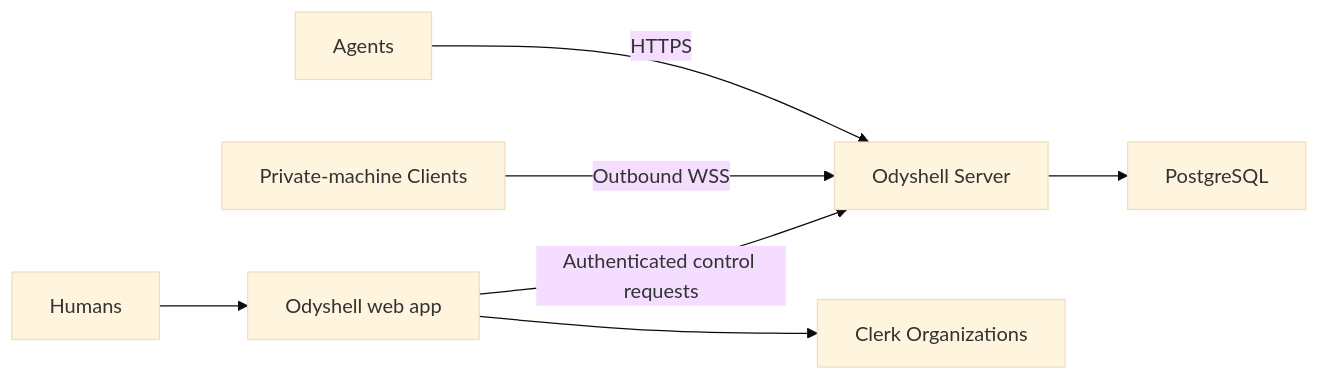
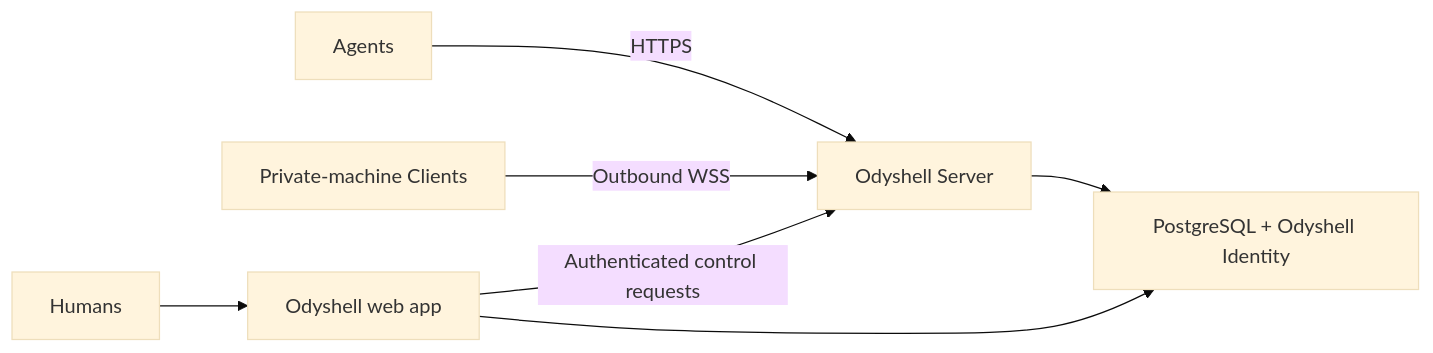
One commit to kapeka0/Odyshell changed the diagram in docs/self-hosting.md. Above: the diagram before and after it, drawn with Mermaid (base theme). The commit also changed other lines of this file and 74 other files, not shown here.

Commit message:
feat(identity): replace Clerk with self-hosted auth

````diff
--- a/docs/self-hosting.md
+++ b/docs/self-hosting.md
@@ -6,9 +6,9 @@
 ```mermaid
 flowchart LR
     A["Agents"] -->|"HTTPS"| S["Odyshell Server"]
     C["Private-machine Clients"] -->|"Outbound WSS"| S
     H["Humans"] --> W["Odyshell web app"]
     W -->|"Authenticated control requests"| S
-    W --> K["Clerk Organizations"]
-    S --> P["PostgreSQL"]
+    W --> P["PostgreSQL + Odyshell Identity"]
+    S --> P
 ```
````
